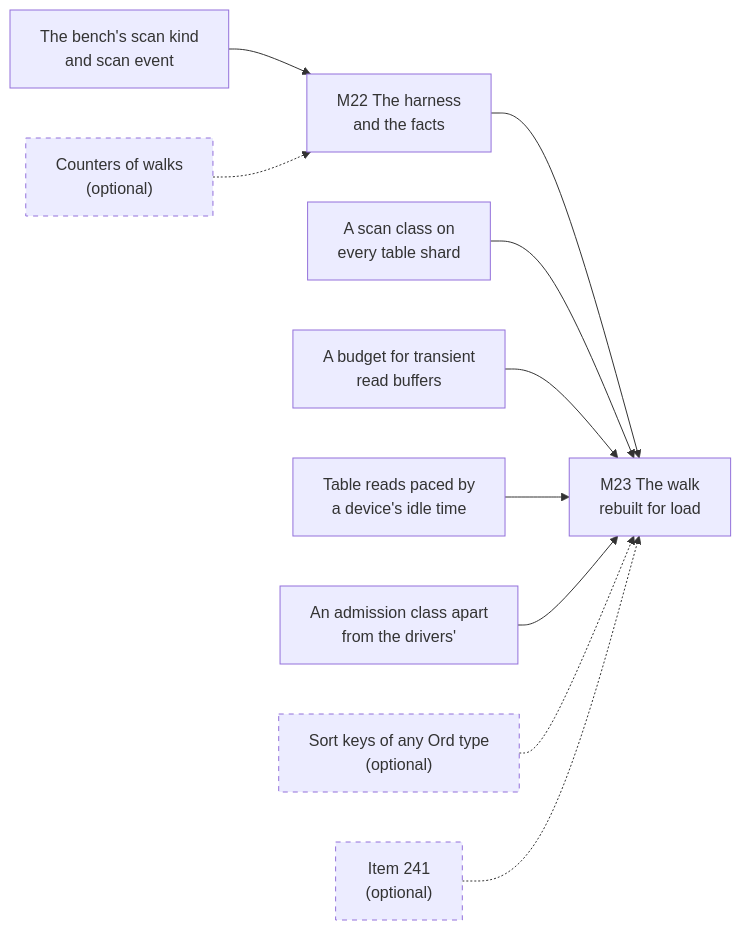
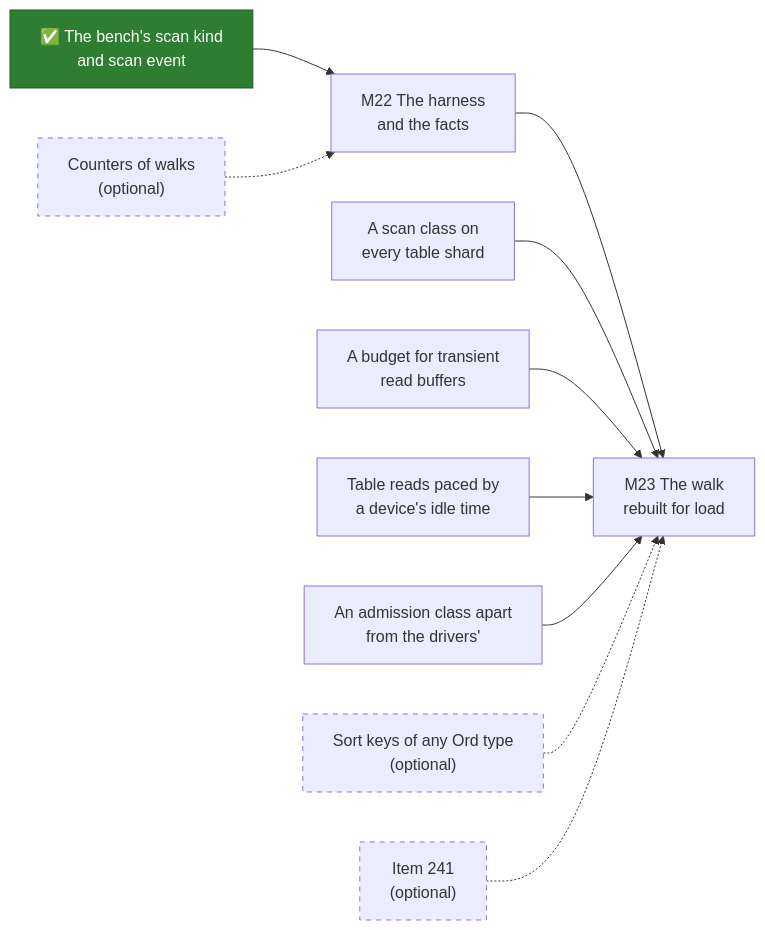
The diagram in docs/src/future-work/scans/prerequisites.md (mjcarson/shoal), drawn with Mermaid before and after one commit. The commit also changed other lines of this file and 17 other files, not shown here.

First line of the commit message:
feat(bench): the bench's scan kind and scan event (F115)

````diff
--- a/docs/src/future-work/scans/prerequisites.md
+++ b/docs/src/future-work/scans/prerequisites.md
@@ -189,23 +195,24 @@
 ```mermaid
 flowchart LR
+    classDef done fill:#2e7d32,stroke:#1b5e20,color:#ffffff
     classDef optional stroke-dasharray: 5 5
-    Bench["The bench's scan kind<br>and scan event"]
+    Bench["✅ The bench's scan kind<br>and scan event"]:::done
     Class["A scan class on<br>every table shard"]
     Budget["A budget for transient<br>read buffers"]
     Pace["Table reads paced by<br>a device's idle time"]
     Admit["An admission class apart<br>from the drivers'"]
     Counters["Counters of walks<br>(optional)"]:::optional
     SortKeys["Sort keys of any Ord type<br>(optional)"]:::optional
     I241["Item 241<br>(optional)"]:::optional
     M22["M22 The harness<br>and the facts"]
     M23["M23 The walk<br>rebuilt for load"]
     Bench --> M22
     M22 --> M23
     Class --> M23
     Budget --> M23
     Pace --> M23
     Admit --> M23
     Counters -.-> M22
     SortKeys -.-> M23
     I241 -.-> M23
 ```
````
